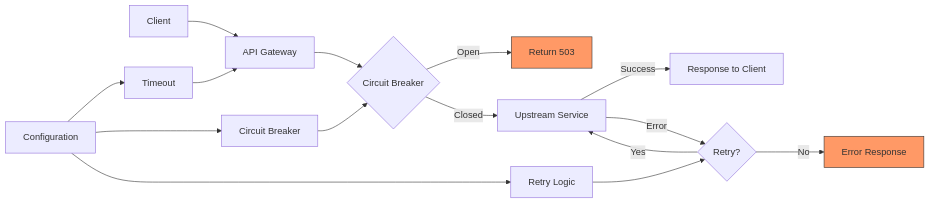
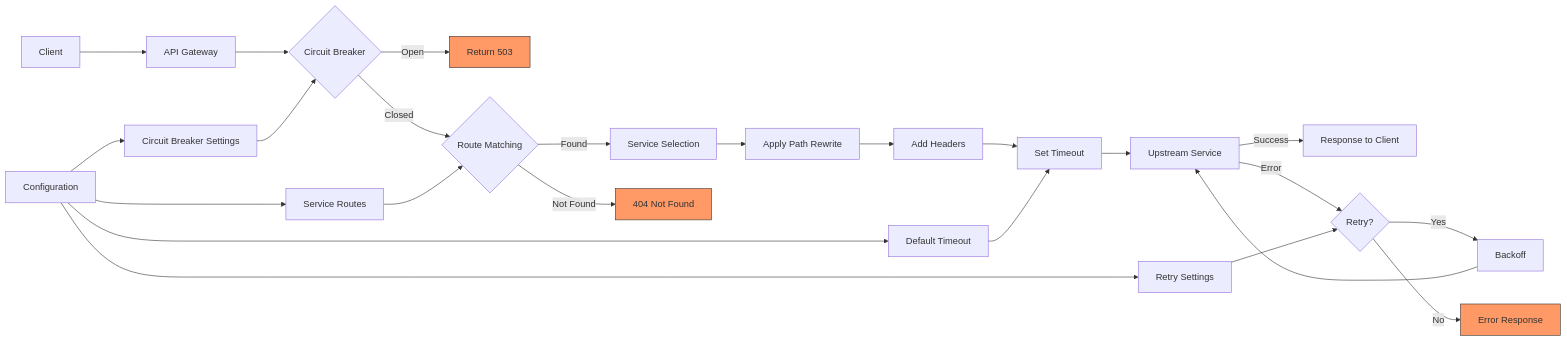
Diagram 14 of 24 in docs/CONFIGURATION.md (erfianugrah/api-gateway-workers), drawn with Mermaid before and after one commit. The commit also changed other lines of this file and 11 other files, not shown here.

````diff
--- a/docs/CONFIGURATION.md
+++ b/docs/CONFIGURATION.md
@@ -472,22 +736,34 @@
 ```mermaid
 flowchart LR
     A[Client] --> B[API Gateway]
     B --> C{Circuit Breaker}
     C -->|Open| D[Return 503]
-    C -->|Closed| E[Upstream Service]
-    E -->|Success| F[Response to Client]
-    E -->|Error| G{Retry?}
-    G -->|Yes| E
-    G -->|No| H[Error Response]
+    C -->|Closed| E{Route Matching}
+    E -->|Found| F[Service Selection]
+    E -->|Not Found| G[404 Not Found]
     
-    I[Configuration] --> J[Timeout]
-    I --> K[Circuit Breaker]
-    I --> L[Retry Logic]
+    F --> H[Apply Path Rewrite]
+    H --> I[Add Headers]
+    I --> J[Set Timeout]
+    J --> K[Upstream Service]
     
-    J --> B
-    K --> C
-    L --> G
+    K -->|Success| L[Response to Client]
+    K -->|Error| M{Retry?}
+    M -->|Yes| N[Backoff]
+    N --> K
+    M -->|No| O[Error Response]
+    
+    P[Configuration] --> Q[Default Timeout]
+    P --> R[Circuit Breaker Settings]
+    P --> S[Retry Settings]
+    P --> T[Service Routes]
+    
+    Q --> J
+    R --> C
+    S --> M
+    T --> E
     
     style D fill:#f96,stroke:#333
-    style H fill:#f96,stroke:#333
+    style G fill:#f96,stroke:#333
+    style O fill:#f96,stroke:#333
 ```
````
